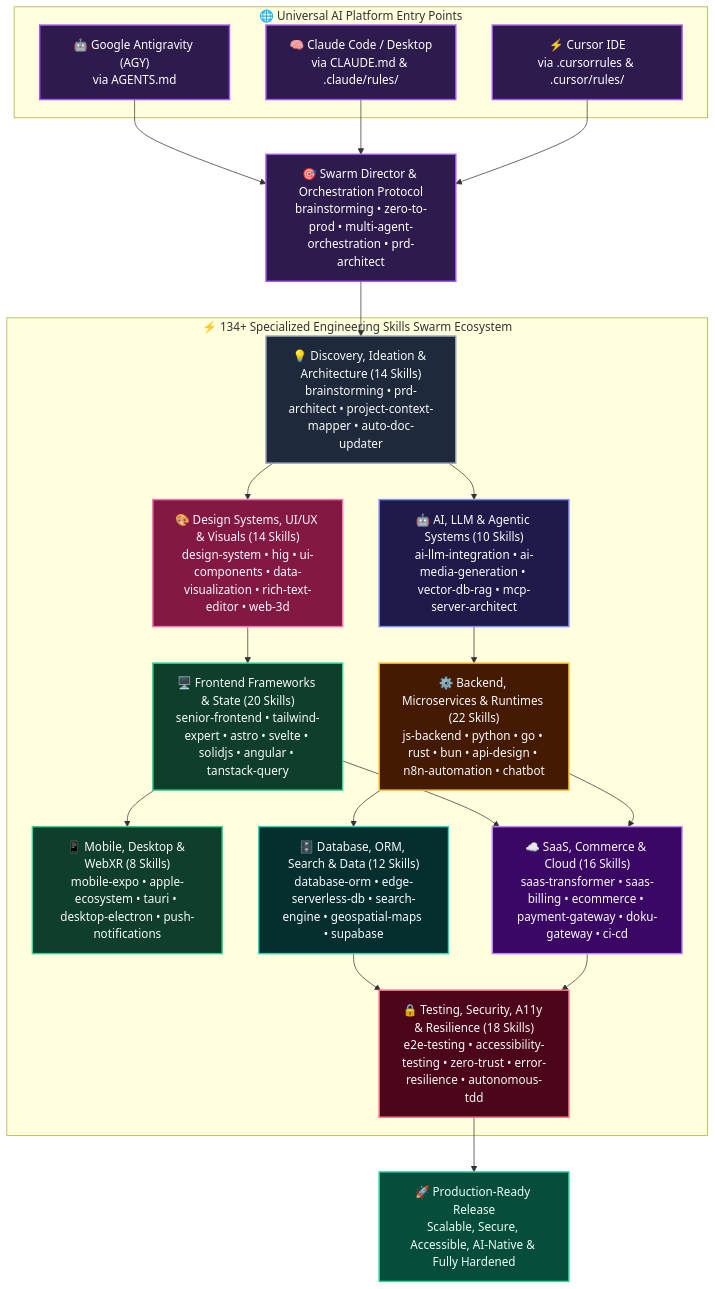
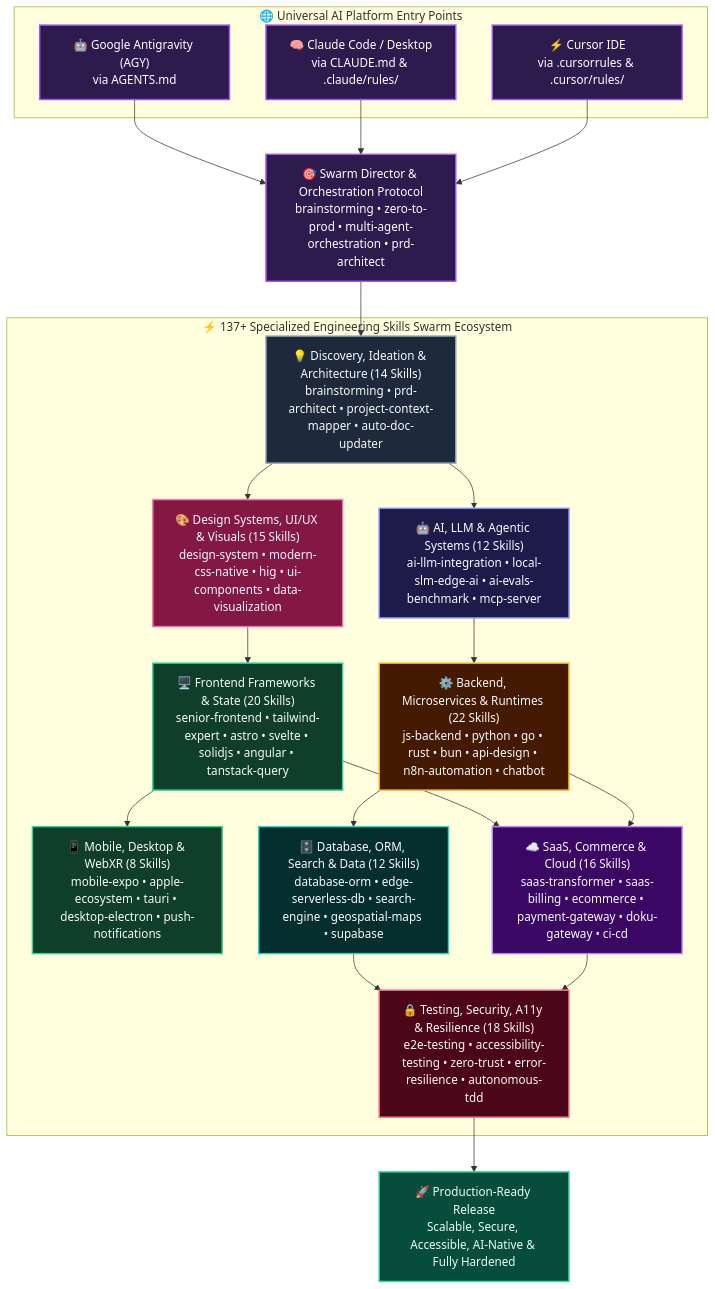
One commit to roedyrustam/vibes-plug changed the diagram in README.md. Above: the diagram before and after it, drawn with Mermaid. The commit also changed other lines of this file and 11 other files, not shown here.

````diff
--- a/README.md
+++ b/README.md
@@ -16,64 +16,64 @@
 ```mermaid
 graph TD
     subgraph PLATFORMS["🌐 Universal AI Platform Entry Points"]
         AGY["🤖 Google Antigravity (AGY)<br/>via AGENTS.md"]
         CLAUDE["🧠 Claude Code / Desktop<br/>via CLAUDE.md & .claude/rules/"]
         CURSOR["⚡ Cursor IDE<br/>via .cursorrules & .cursor/rules/"]
     end
 
     DIRECTOR["🎯 Swarm Director & Orchestration Protocol<br/>brainstorming • zero-to-prod • multi-agent-orchestration • prd-architect"]
 
-    subgraph SWARM["⚡ 134+ Specialized Engineering Skills Swarm Ecosystem"]
+    subgraph SWARM["⚡ 137+ Specialized Engineering Skills Swarm Ecosystem"]
         D1["💡 Discovery, Ideation & Architecture (14 Skills)<br/>brainstorming • prd-architect • project-context-mapper • auto-doc-updater"]
-        D2["🤖 AI, LLM & Agentic Systems (10 Skills)<br/>ai-llm-integration • ai-media-generation • vector-db-rag • mcp-server-architect"]
-        D3["🎨 Design Systems, UI/UX & Visuals (14 Skills)<br/>design-system • hig • ui-components • data-visualization • rich-text-editor • web-3d"]
+        D2["🤖 AI, LLM & Agentic Systems (12 Skills)<br/>ai-llm-integration • local-slm-edge-ai • ai-evals-benchmark • mcp-server"]
+        D3["🎨 Design Systems, UI/UX & Visuals (15 Skills)<br/>design-system • modern-css-native • hig • ui-components • data-visualization"]
         D4["🖥️ Frontend Frameworks & State (20 Skills)<br/>senior-frontend • tailwind-expert • astro • svelte • solidjs • angular • tanstack-query"]
         D5["📱 Mobile, Desktop & WebXR (8 Skills)<br/>mobile-expo • apple-ecosystem • tauri • desktop-electron • push-notifications"]
         D6["⚙️ Backend, Microservices & Runtimes (22 Skills)<br/>js-backend • python • go • rust • bun • api-design • n8n-automation • chatbot"]
         D7["🗄️ Database, ORM, Search & Data (12 Skills)<br/>database-orm • edge-serverless-db • search-engine • geospatial-maps • supabase"]
         D8["☁️ SaaS, Commerce & Cloud (16 Skills)<br/>saas-transformer • saas-billing • ecommerce • payment-gateway • doku-gateway • ci-cd"]
         D9["🔒 Testing, Security, A11y & Resilience (18 Skills)<br/>e2e-testing • accessibility-testing • zero-trust • error-resilience • autonomous-tdd"]
     end
 
     PROD["🚀 Production-Ready Release<br/>Scalable, Secure, Accessible, AI-Native & Fully Hardened"]
 
     AGY --> DIRECTOR
     CLAUDE --> DIRECTOR
     CURSOR --> DIRECTOR
 
     DIRECTOR --> D1
     D1 --> D2
     D1 --> D3
     D2 --> D6
     D3 --> D4
     D4 --> D5
     D4 --> D8
     D6 --> D7
     D6 --> D8
     D7 --> D9
     D8 --> D9
     D9 --> PROD
 
     classDef hero fill:#2d1b4e,stroke:#a855f7,stroke-width:2px,color:#fff;
     classDef ai fill:#1e1b4b,stroke:#818cf8,stroke-width:2px,color:#f8fafc;
     classDef ui fill:#831843,stroke:#f472b6,stroke-width:2px,color:#f8fafc;
     classDef front fill:#0f3f2a,stroke:#34d399,stroke-width:2px,color:#f8fafc;
     classDef back fill:#451a03,stroke:#fbbf24,stroke-width:2px,color:#f8fafc;
     classDef saas fill:#3b0764,stroke:#c084fc,stroke-width:2px,color:#f8fafc;
     classDef db fill:#042f2e,stroke:#2dd4bf,stroke-width:2px,color:#f8fafc;
     classDef sec fill:#4c0519,stroke:#fb7185,stroke-width:2px,color:#f8fafc;
     classDef util fill:#1e293b,stroke:#94a3b8,stroke-width:2px,color:#f8fafc;
     classDef target fill:#064e3b,stroke:#34d399,stroke-width:2px,color:#ecfdf5;
 
     class AGY,CLAUDE,CURSOR,DIRECTOR hero;
     class D1 util;
     class D2 ai;
     class D3 ui;
     class D4 front;
     class D5 front;
     class D6 back;
     class D7 db;
     class D8 saas;
     class D9 sec;
     class PROD target;
 ```
````
